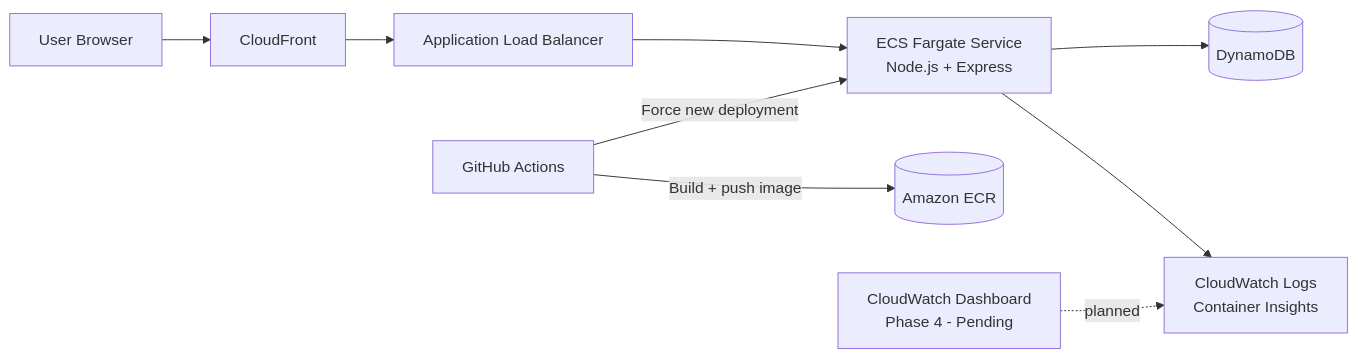
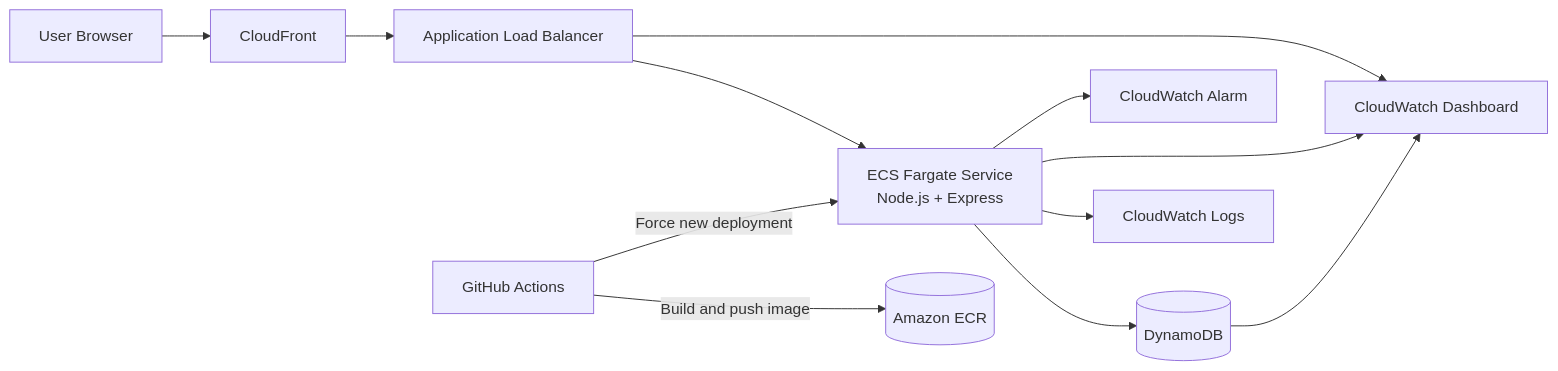
Before and after one commit to maneeshaYasinth/snip-infra: the diagram in readme.md, drawn with Mermaid. The commit also changed other lines of this file, not shown here.

````diff
--- a/readme.md
+++ b/readme.md
@@ -35,18 +35,22 @@
 ```mermaid
 flowchart LR
-        U[User Browser]
-        CF[CloudFront]
-        ALB[Application Load Balancer]
-        ECS[ECS Fargate Service\nNode.js + Express]
-        DDB[(DynamoDB)]
-        ECR[(Amazon ECR)]
-        GHA[GitHub Actions]
-        CW[CloudWatch Logs\nContainer Insights]
-        CWD[CloudWatch Dashboard\nPhase 4 - Pending]
+    U[User Browser]
+    CF[CloudFront]
+    ALB[Application Load Balancer]
+    ECS[ECS Fargate Service\nNode.js + Express]
+    DDB[(DynamoDB)]
+    ECR[(Amazon ECR)]
+    GHA[GitHub Actions]
+    CWL[CloudWatch Logs]
+    CWD[CloudWatch Dashboard]
+    CWA[CloudWatch Alarm]
 
-        U --> CF --> ALB --> ECS --> DDB
-        GHA -->|Build + push image| ECR
-        GHA -->|Force new deployment| ECS
-        ECS --> CW
-        CWD -.planned.-> CW
+    U --> CF --> ALB --> ECS --> DDB
+    GHA -->|Build and push image| ECR
+    GHA -->|Force new deployment| ECS
+    ECS --> CWL
+    ECS --> CWD
+    ALB --> CWD
+    DDB --> CWD
+    ECS --> CWA
 ```
````
